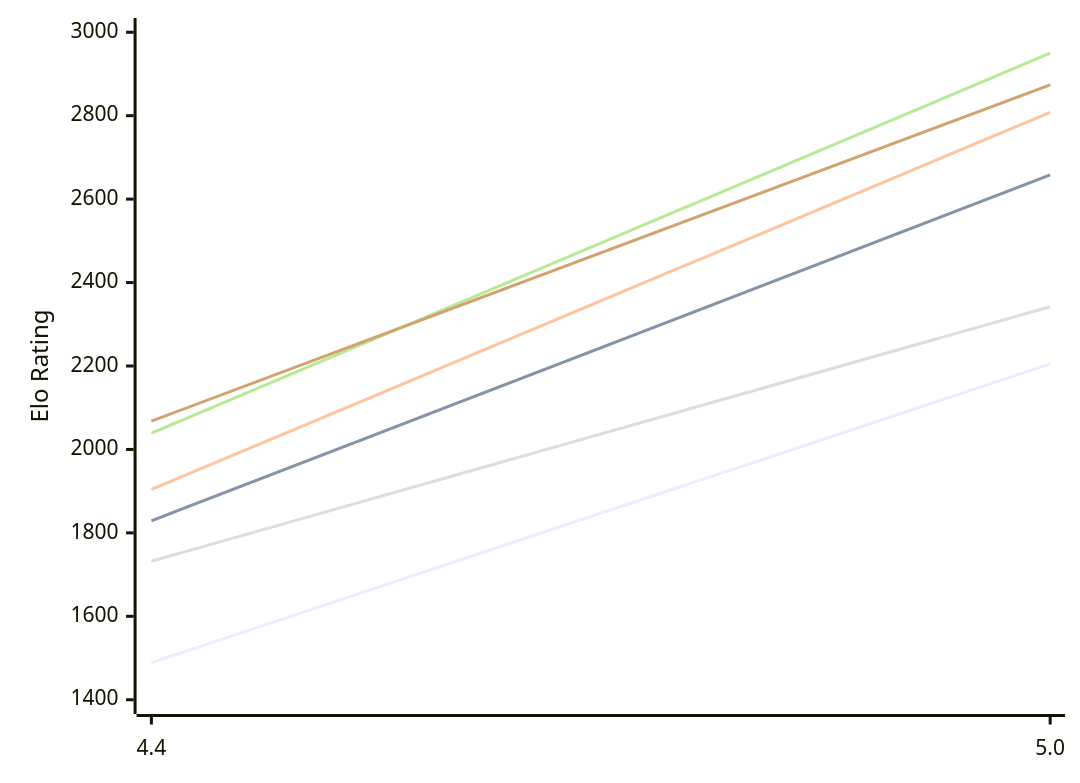
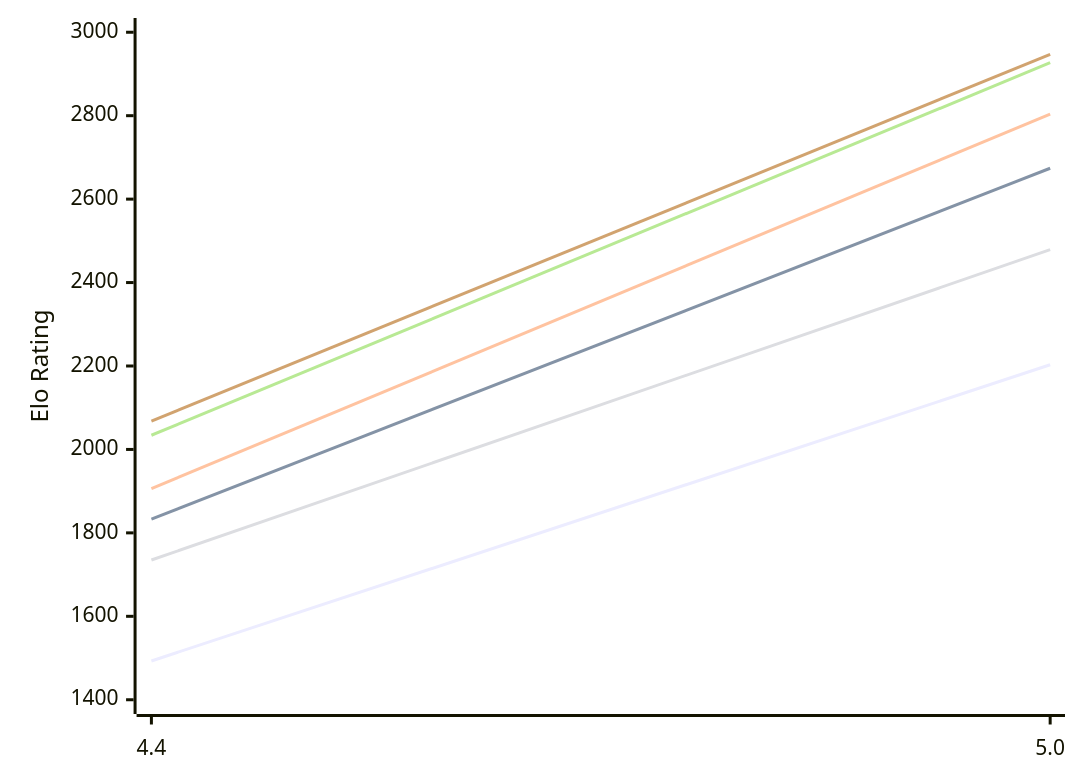
The first of 2 diagrams in engines/Radiance.md (computer-chess-index/cci), drawn with Mermaid before and after one commit. The commit also changed other lines of this file, not shown here.

Commit message:
Update CCI Ratings (ELO VLTC) - 2026-10-14

````diff
--- a/engines/Radiance.md
+++ b/engines/Radiance.md
@@ -51,12 +51,12 @@
 ```mermaid
 %%{init: {"theme":"base","themeVariables":{"seriesColors:['#a3a3a3','#222221','#faa371']}}}%%
 xychart-beta
   x-axis ["4.4", "5.0"]
   y-axis "Elo Rating" 1400 --> 3000
-  line "E1: STC (8.0+0.08s)" [1489, 2205]
-  line "E1: LTC (60.0+0.60s)" [1829, 2658]
-  line "E1: VLTC (2m24s+1.12s)" [1904, 2808]
-  line "P1: STC (8.0+0.08s)" [1732, 2342]
-  line "P1: LTC (60.0+0.60s)" [2039, 2950]
-  line "P1: VLTC (2m24s+1.12s)" [2068, 2874]
+  line "E1: STC (8.0+0.08s)" [1493, 2203]
+  line "E1: LTC (60.0+0.60s)" [1833, 2674]
+  line "E1: VLTC (2m24s+1.12s)" [1906, 2804]
+  line "P1: STC (8.0+0.08s)" [1735, 2479]
+  line "P1: LTC (60.0+0.60s)" [2034, 2927]
+  line "P1: VLTC (2m24s+1.12s)" [2068, 2947]
 ```
````
